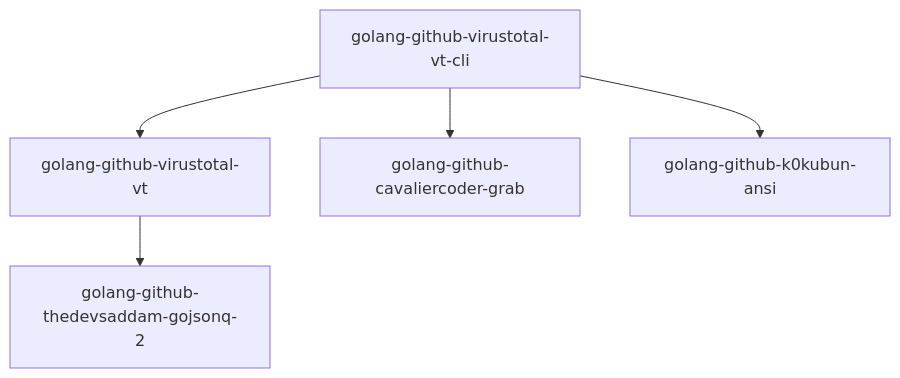
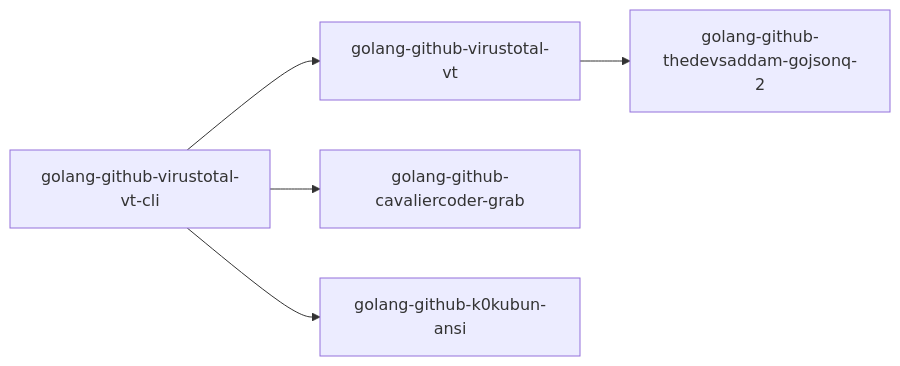
One commit to mavjs/vt-cli-specs changed the diagram in README.md. Above: the diagram before and after it, drawn with Mermaid.

````diff
--- a/README.md
+++ b/README.md
@@ -2,7 +2,7 @@
 ```mermaid
-graph TD
+graph LR
     golang-github-virustotal-vt --> golang-github-thedevsaddam-gojsonq-2;
     golang-github-virustotal-vt-cli --> golang-github-virustotal-vt;
     golang-github-virustotal-vt-cli --> golang-github-cavaliercoder-grab;
     golang-github-virustotal-vt-cli --> golang-github-k0kubun-ansi;
 ```
````
